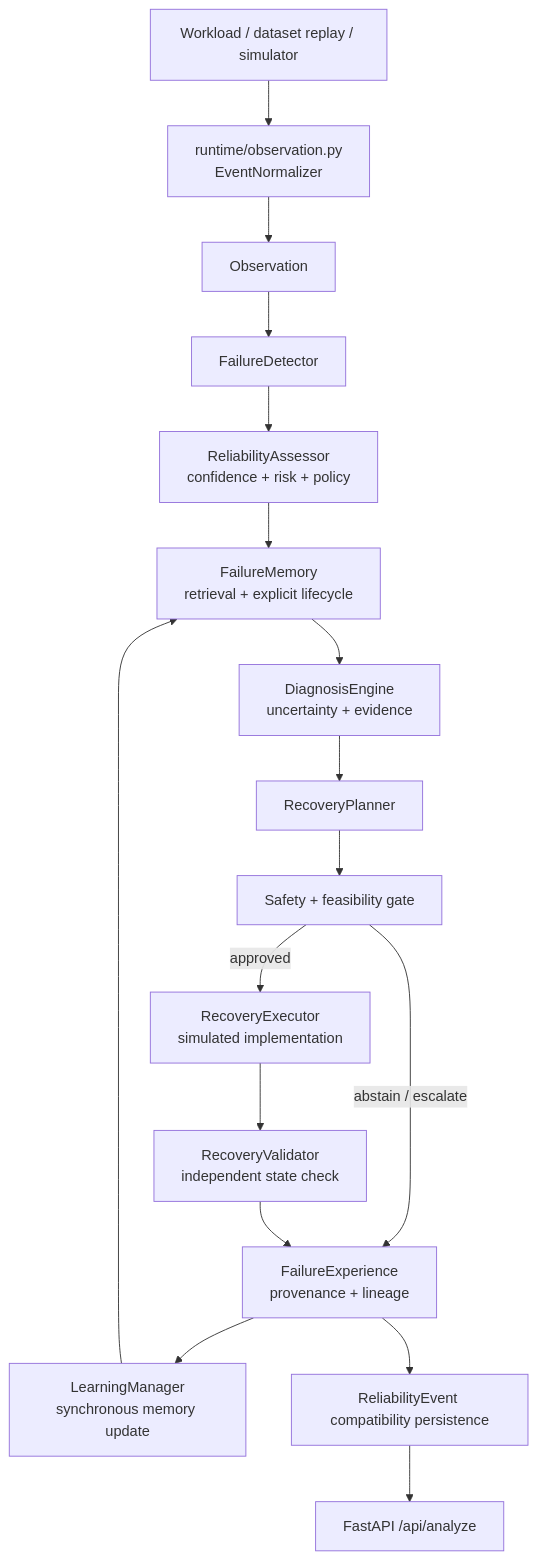
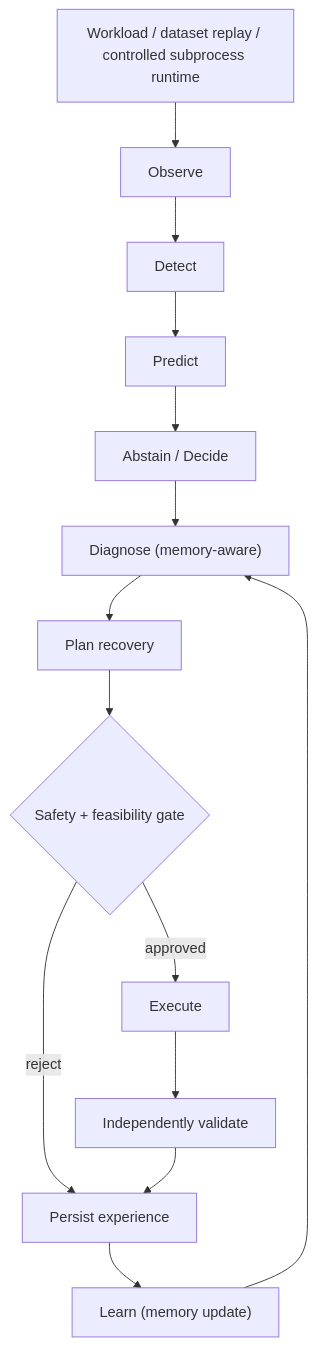
One commit to NaishaShetty/Autonomous-AI-Infrastructure- changed the diagram in README.md. Above: the diagram before and after it, drawn with Mermaid. The commit also changed other lines of this file and 478 other files, not shown here.

First line of the commit message:
Phase 6: productization finalization (docs, diagrams, Docker, CI, demo, audit)

````diff
--- a/README.md
+++ b/README.md
@@ -88,19 +71,16 @@
 ```mermaid
 flowchart TD
-    Source["Workload / dataset replay / simulator"] --> Normalize["runtime/observation.py<br/>EventNormalizer"]
-    Normalize --> Observe["Observation"]
-    Observe --> Detect["FailureDetector"]
-    Detect --> Assess["ReliabilityAssessor<br/>confidence + risk + policy"]
-    Assess --> Retrieve["FailureMemory<br/>retrieval + explicit lifecycle"]
-    Retrieve --> Diagnose["DiagnosisEngine<br/>uncertainty + evidence"]
-    Diagnose --> Plan["RecoveryPlanner"]
-    Plan --> Gate["Safety + feasibility gate"]
-    Gate -->|abstain / escalate| Store["FailureExperience<br/>provenance + lineage"]
-    Gate -->|approved| Execute["RecoveryExecutor<br/>simulated implementation"]
-    Execute --> Validate["RecoveryValidator<br/>independent state check"]
+    Source["Workload / dataset replay / controlled subprocess runtime"] --> Observe["Observe"]
+    Observe --> Detect["Detect"]
+    Detect --> Predict["Predict"]
+    Predict --> Decide["Abstain / Decide"]
+    Decide --> Diagnose["Diagnose (memory-aware)"]
+    Diagnose --> Plan["Plan recovery"]
+    Plan --> Gate{"Safety + feasibility gate"}
+    Gate -->|approved| Execute["Execute"]
+    Gate -->|reject| Store["Persist experience"]
+    Execute --> Validate["Independently validate"]
     Validate --> Store
-    Store --> Learn["LearningManager<br/>synchronous memory update"]
-    Learn --> Retrieve
-    Store --> Compatibility["ReliabilityEvent compatibility persistence"]
-    Compatibility --> API["FastAPI /api/analyze"]
+    Store --> Learn["Learn (memory update)"]
+    Learn --> Diagnose
 ```
````
